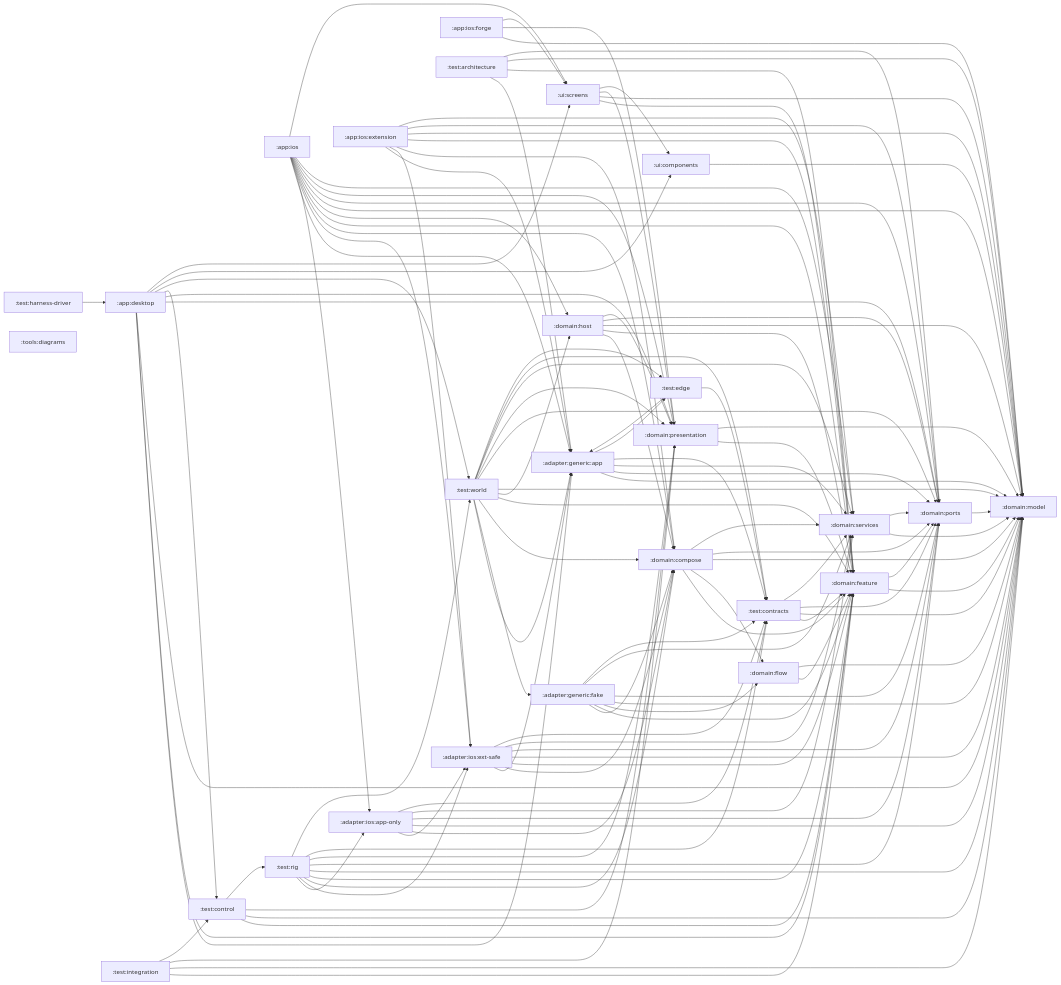
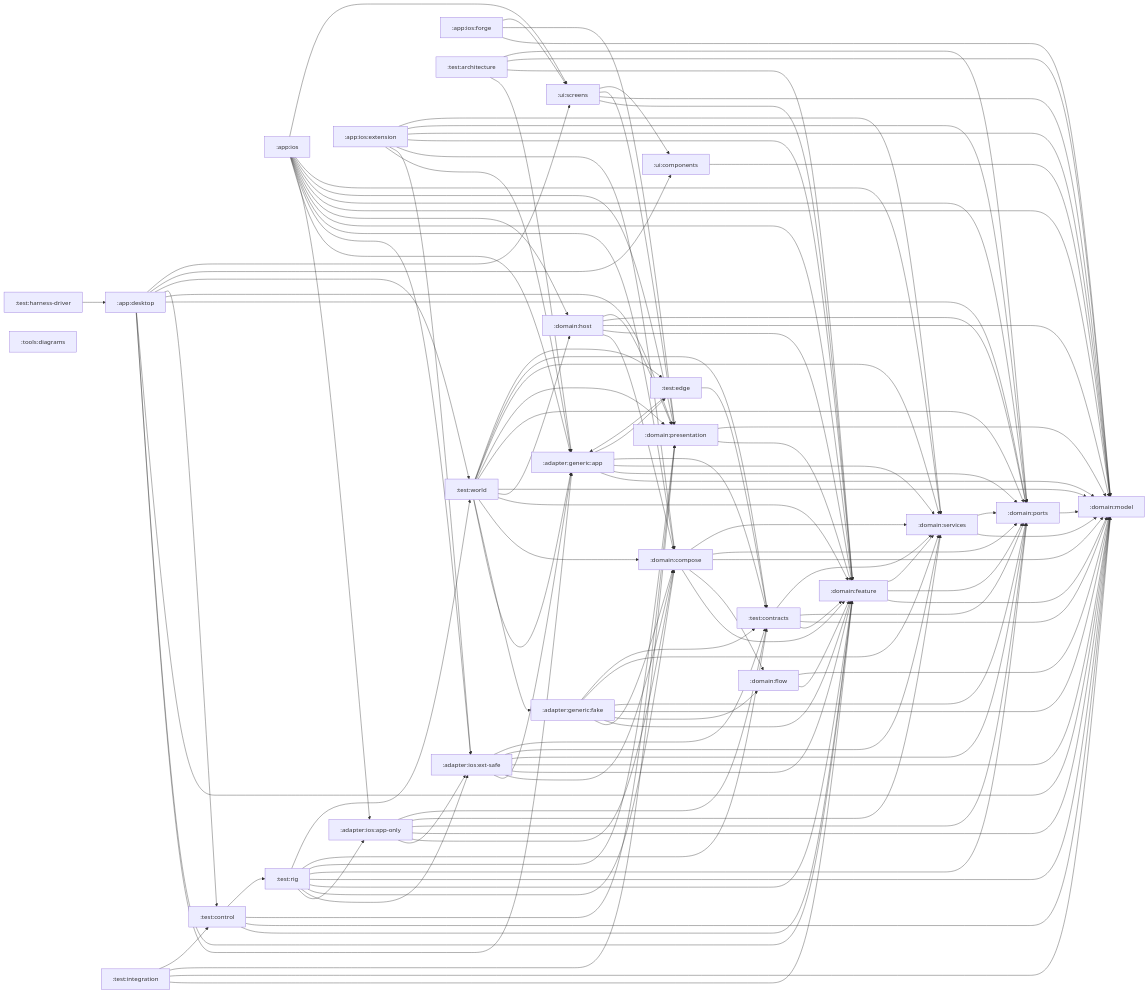
One commit to stefanhoelzl/SnapSync changed the diagram in architecture/modules.md. Above: the diagram before and after it, drawn with Mermaid. The commit also changed 183 other files, not shown here.

```diff
--- a/architecture/modules.md
+++ b/architecture/modules.md
@@ -98,6 +98,7 @@
   domain_compose --> domain_services
   domain_feature --> domain_model
   domain_feature --> domain_ports
+  domain_feature --> domain_services
   domain_flow --> domain_feature
   domain_flow --> domain_model
   domain_host --> domain_compose
```
